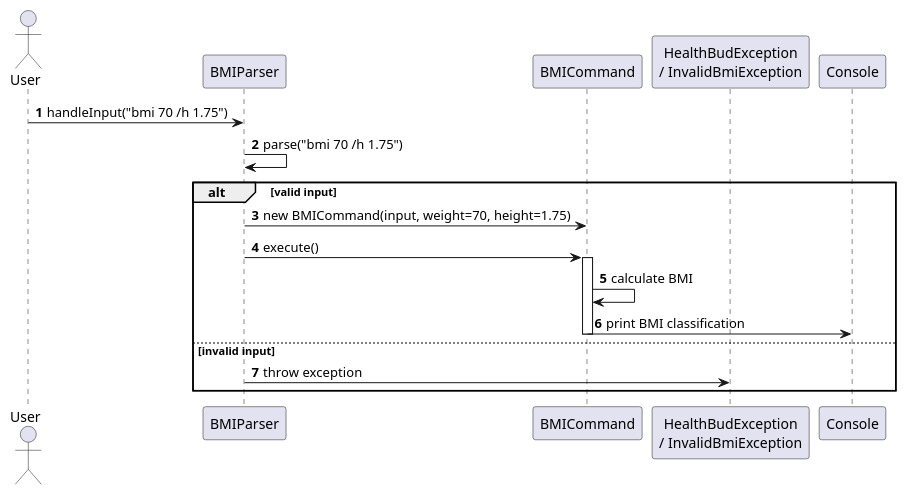
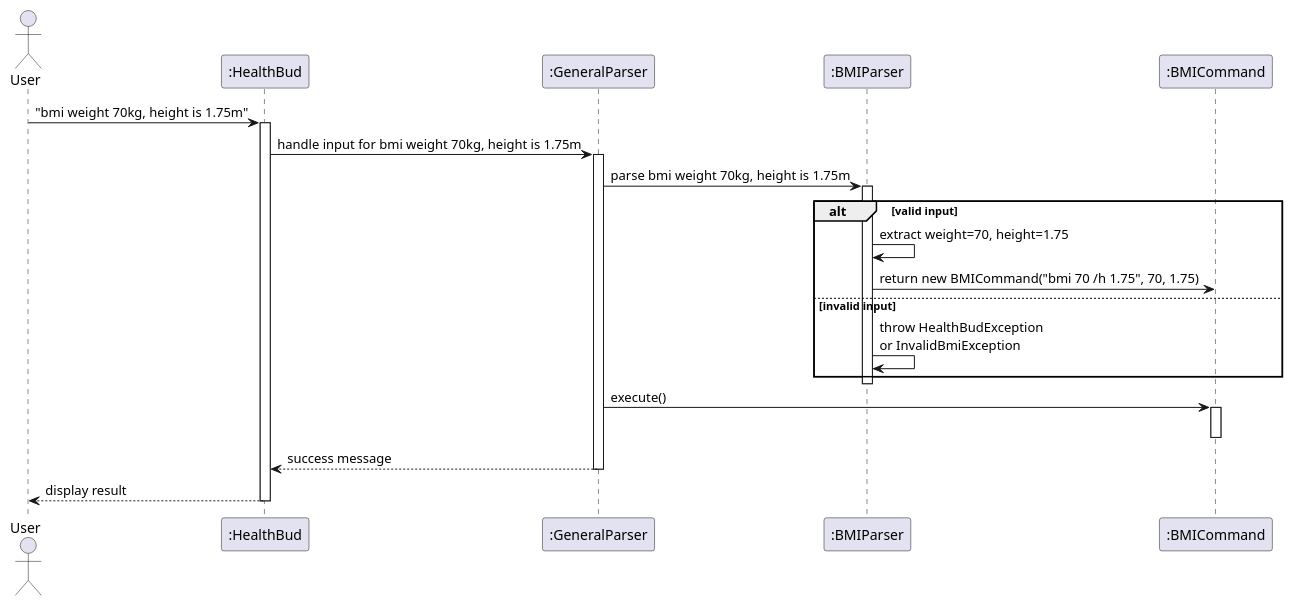
One commit to Jasonlobo21/tp changed the diagram in docs/Diagrams/BMISD.puml. Above: the diagram before and after it, drawn with PlantUML.

```diff
--- a/docs/Diagrams/BMISD.puml
+++ b/docs/Diagrams/BMISD.puml
@@ -1,24 +1,35 @@
 @startuml
-autonumber
+actor User
+participant ":HealthBud" as HealthBud
+participant ":GeneralParser" as GeneralParser
+participant ":BMIParser" as BMIParser
+participant ":BMICommand" as BMICommand
 
-actor User
-participant Parser as "BMIParser"
-participant BMICommand
-participant ExceptionHandler as "HealthBudException\n/ InvalidBmiException"
-participant Console
+User -> HealthBud: "bmi weight 70kg, height is 1.75m"
+activate HealthBud
 
-User -> Parser: handleInput("bmi 70 /h 1.75")
-Parser -> Parser: parse("bmi 70 /h 1.75")
+HealthBud -> GeneralParser: handle input for bmi weight 70kg, height is 1.75m
+activate GeneralParser
+
+GeneralParser -> BMIParser: parse bmi weight 70kg, height is 1.75m
+activate BMIParser
 
 alt valid input
-    Parser -> BMICommand: new BMICommand(input, weight=70, height=1.75)
-    Parser -> BMICommand: execute()
-    activate BMICommand
-    BMICommand -> BMICommand: calculate BMI
-    BMICommand -> Console: print BMI classification
-    deactivate BMICommand
+    BMIParser -> BMIParser: extract weight=70, height=1.75
+    BMIParser -> BMICommand: return new BMICommand("bmi 70 /h 1.75", 70, 1.75)
+
 else invalid input
-    Parser -> ExceptionHandler: throw exception
+    BMIParser -> BMIParser: throw HealthBudException\nor InvalidBmiException
 end
+deactivate BMIParser
 
+GeneralParser -> BMICommand: execute()
+activate BMICommand
+deactivate BMICommand
+
+GeneralParser --> HealthBud: success message
+deactivate GeneralParser
+
+HealthBud --> User: display result
+deactivate HealthBud
 @enduml
```
